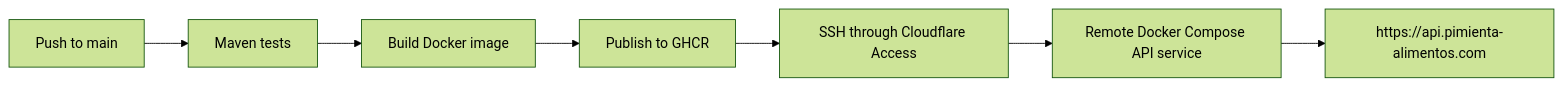
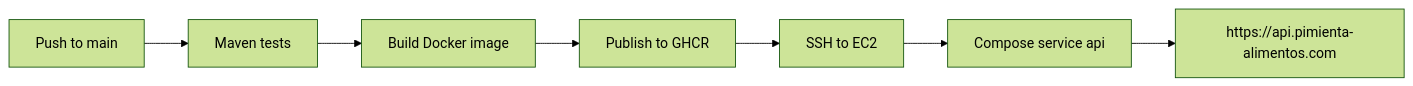
The diagram in docs/project/pimienta-backend/infrastructure.md (alexistrejo11/pimienta-alimentos), drawn with Mermaid (forest theme) before and after one commit. The commit also changed other lines of this file and 20 other files, not shown here.

````diff
--- a/docs/project/pimienta-backend/infrastructure.md
+++ b/docs/project/pimienta-backend/infrastructure.md
@@ -9,9 +9,9 @@
 ```mermaid
 flowchart LR
   Commit[Push to main] --> Test[Maven tests]
   Test --> Image[Build Docker image]
   Image --> Ghcr[Publish to GHCR]
-  Ghcr --> Access[SSH through Cloudflare Access]
-  Access --> Server[Remote Docker Compose API service]
+  Ghcr --> Ssh[SSH to EC2]
+  Ssh --> Server[Compose service api]
   Server --> Api[https://api.pimienta-alimentos.com]
 ```
````
